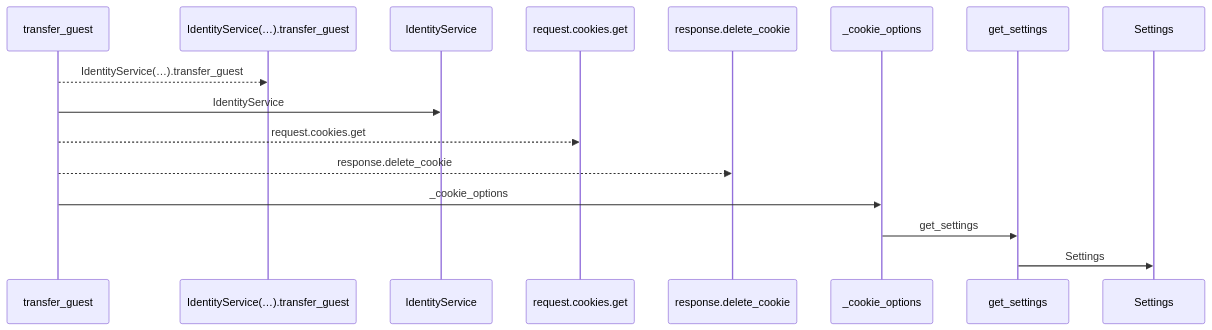
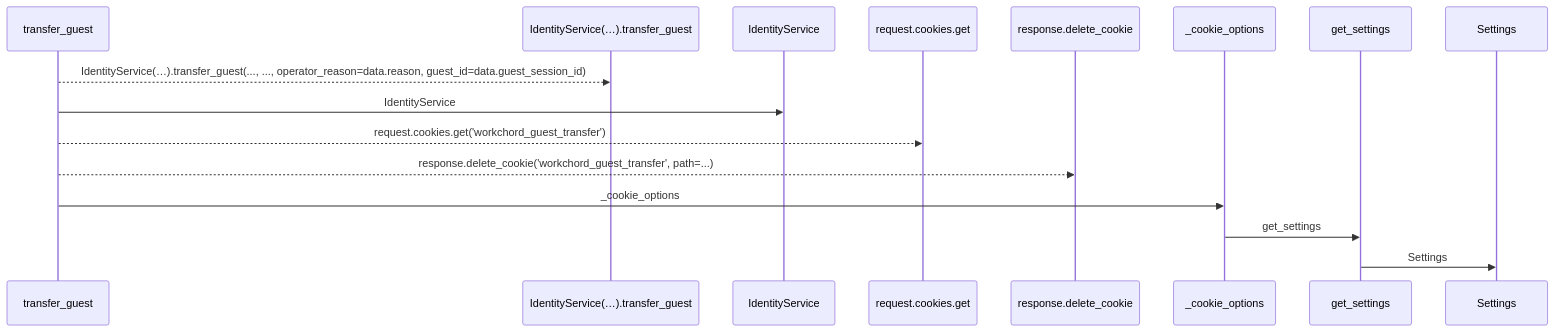
One commit to Denissvgn/WorkChord changed the first of 2 diagrams in docs/llm_wiki/flows/http-transfer_guest.md. Above: the diagram before and after it, drawn with Mermaid. The commit also changed other lines of this file and 25171 other files, not shown here.

````diff
--- a/docs/llm_wiki/flows/http-transfer_guest.md
+++ b/docs/llm_wiki/flows/http-transfer_guest.md
@@ -10,18 +12,18 @@
 ```mermaid
 sequenceDiagram
     participant p0 as transfer_guest
     participant p1 as IdentityService(…).transfer_guest
     participant p2 as IdentityService
     participant p3 as request.cookies.get
     participant p4 as response.delete_cookie
     participant p5 as _cookie_options
     participant p6 as get_settings
     participant p7 as Settings
-    p0-->>p1: IdentityService(…).transfer_guest
+    p0-->>p1: IdentityService(…).transfer_guest(..., ..., operator_reason=data.reason, guest_id=data.guest_session_id)
     p0->>p2: IdentityService
-    p0-->>p3: request.cookies.get
-    p0-->>p4: response.delete_cookie
+    p0-->>p3: request.cookies.get('workchord_guest_transfer')
+    p0-->>p4: response.delete_cookie('workchord_guest_transfer', path=...)
     p0->>p5: _cookie_options
     p5->>p6: get_settings
     p6->>p7: Settings
 ```
````
